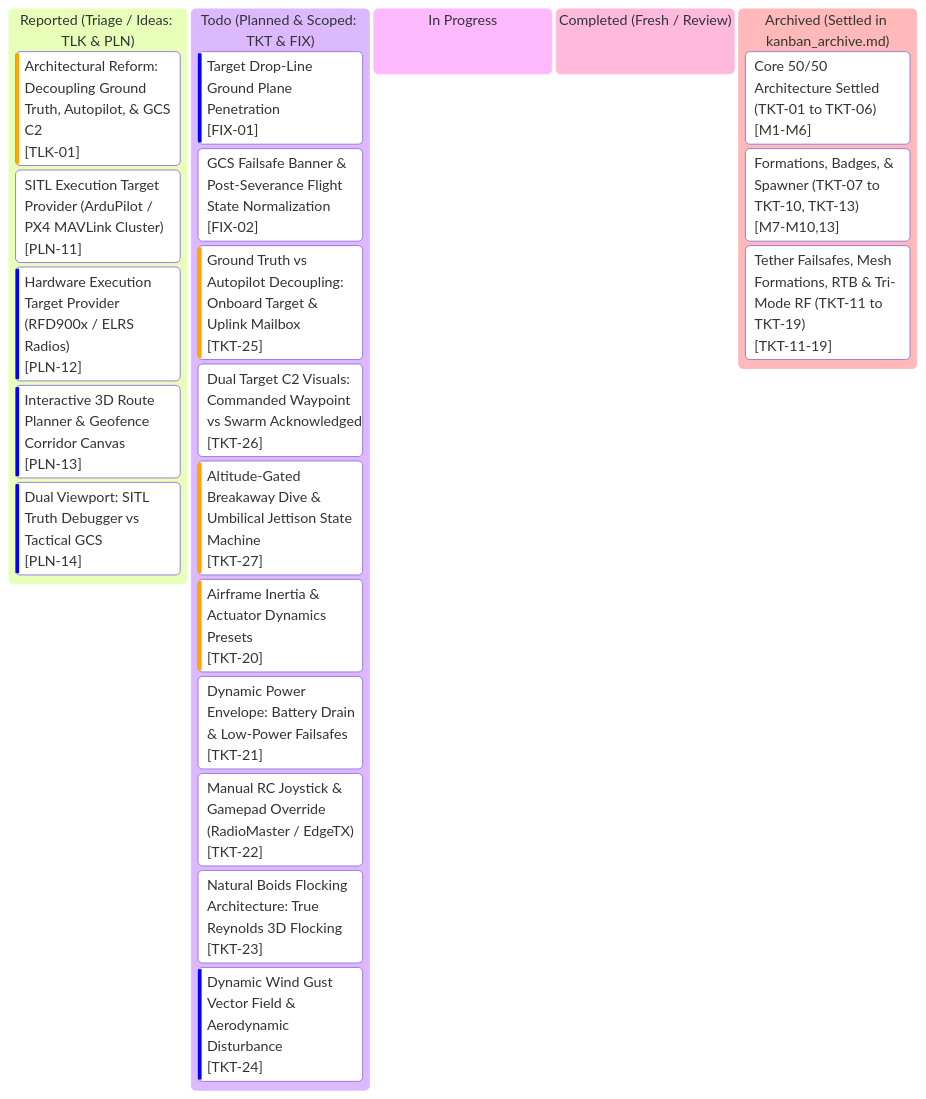
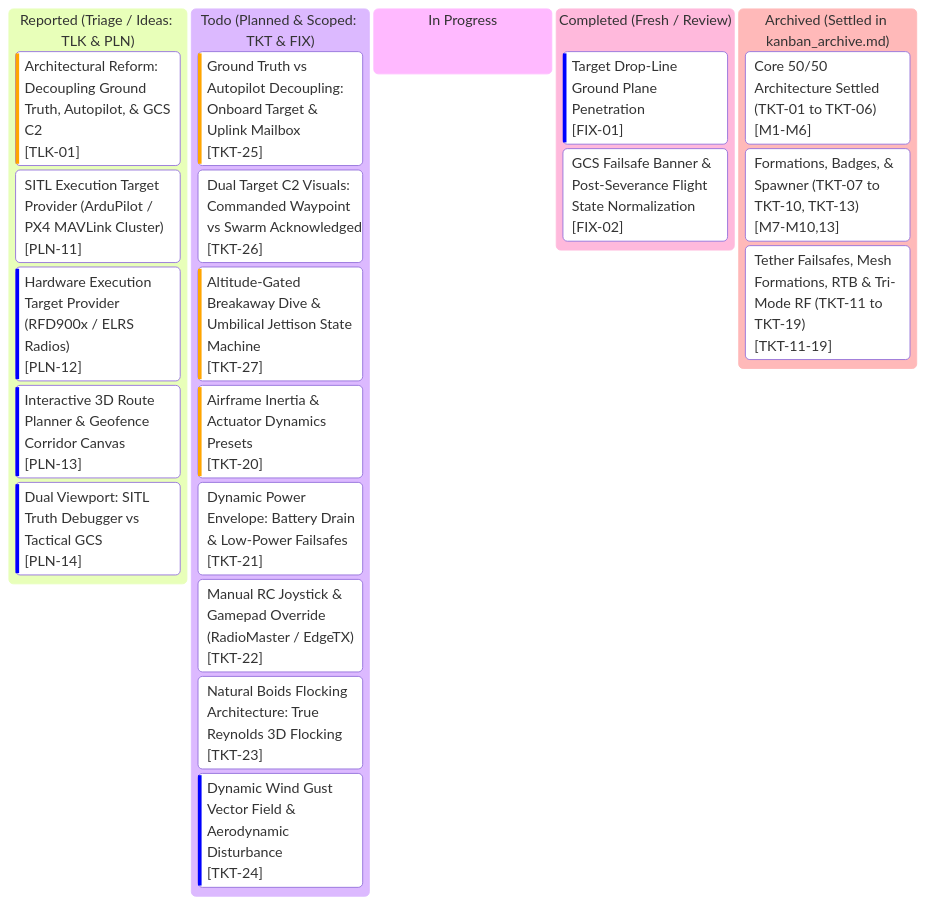
One commit to AlitheiaDeus/SwarmTech_v3-Uprising changed the diagram in kanban.md. Above: the diagram before and after it, drawn with Mermaid. The commit also changed other lines of this file and 5 other files, not shown here.

Commit message:
fix(gcs): resolve target drop-line ground penetration (FIX-01) and normalize post-severance flight state (FIX-02)

````diff
--- a/kanban.md
+++ b/kanban.md
@@ -10,46 +10,46 @@
 ```mermaid
 %%{init: {
   'theme': 'base',
   'themeVariables': {
     'primaryColor': '#0d2235',
     'primaryTextColor': '#d4f4ff',
     'primaryBorderColor': '#00f0ff',
     'lineColor': '#00f0ff',
     'background': '#061019',
     'mainBkg': '#0a1926',
     'secondaryColor': '#081420',
     'secondaryTextColor': '#5a7e96',
     'secondaryBorderColor': '#134e6f',
     'tertiaryColor': '#0e263d',
     'tertiaryTextColor': '#00ffaa',
     'tertiaryBorderColor': '#00ffaa',
     'clusterBkg': '#081420',
     'clusterBorder': '#134e6f',
     'fontFamily': "'JetBrains Mono', 'Courier New', monospace"
   }
 }}%%
 kanban
   reported["Reported (Triage / Ideas: TLK & PLN)"]
     tlk01["Architectural Reform: Decoupling Ground Truth, Autopilot, & GCS C2"]@{ ticket: '[TLK-01]', priority: 'High' }
     pln11["SITL Execution Target Provider (ArduPilot / PX4 MAVLink Cluster)"]@{ ticket: '[PLN-11]', priority: 'Medium' }
     pln12["Hardware Execution Target Provider (RFD900x / ELRS Radios)"]@{ ticket: '[PLN-12]', priority: 'Low' }
     pln13["Interactive 3D Route Planner & Geofence Corridor Canvas"]@{ ticket: '[PLN-13]', priority: 'Low' }
     pln14["Dual Viewport: SITL Truth Debugger vs Tactical GCS"]@{ ticket: '[PLN-14]', priority: 'Low' }
   todo["Todo (Planned & Scoped: TKT & FIX)"]
-    fix01["Target Drop-Line Ground Plane Penetration"]@{ ticket: '[FIX-01]', priority: 'Low' }
-    fix02["GCS Failsafe Banner & Post-Severance Flight State Normalization"]@{ ticket: '[FIX-02]', priority: 'Medium' }
     tkt25["Ground Truth vs Autopilot Decoupling: Onboard Target & Uplink Mailbox"]@{ ticket: '[TKT-25]', priority: 'High' }
     tkt26["Dual Target C2 Visuals: Commanded Waypoint vs Swarm Acknowledged"]@{ ticket: '[TKT-26]', priority: 'Medium' }
     tkt27["Altitude-Gated Breakaway Dive & Umbilical Jettison State Machine"]@{ ticket: '[TKT-27]', priority: 'High' }
     tkt20["Airframe Inertia & Actuator Dynamics Presets"]@{ ticket: '[TKT-20]', priority: 'High' }
     tkt21["Dynamic Power Envelope: Battery Drain & Low-Power Failsafes"]@{ ticket: '[TKT-21]', priority: 'Medium' }
     tkt22["Manual RC Joystick & Gamepad Override (RadioMaster / EdgeTX)"]@{ ticket: '[TKT-22]', priority: 'Medium' }
     tkt23["Natural Boids Flocking Architecture: True Reynolds 3D Flocking"]@{ ticket: '[TKT-23]', priority: 'Medium' }
     tkt24["Dynamic Wind Gust Vector Field & Aerodynamic Disturbance"]@{ ticket: '[TKT-24]', priority: 'Low' }
   in_progress["In Progress"]
   completed["Completed (Fresh / Review)"]
+    fix01["Target Drop-Line Ground Plane Penetration"]@{ ticket: '[FIX-01]', priority: 'Low' }
+    fix02["GCS Failsafe Banner & Post-Severance Flight State Normalization"]@{ ticket: '[FIX-02]', priority: 'Medium' }
   archived["Archived (Settled in kanban_archive.md)"]
     arch_m1_6["Core 50/50 Architecture Settled (TKT-01 to TKT-06)"]@{ ticket: '[M1-M6]' }
     arch_m7_10_13["Formations, Badges, & Spawner (TKT-07 to TKT-10, TKT-13)"]@{ ticket: '[M7-M10,13]' }
     arch_m11_19["Tether Failsafes, Mesh Formations, RTB & Tri-Mode RF (TKT-11 to TKT-19)"]@{ ticket: '[TKT-11-19]' }
 ```
````
